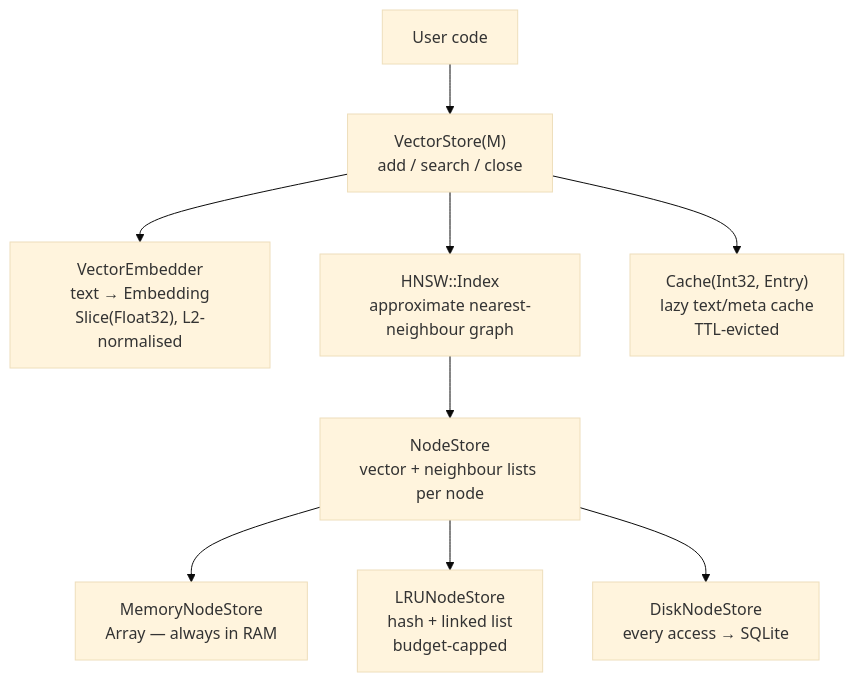
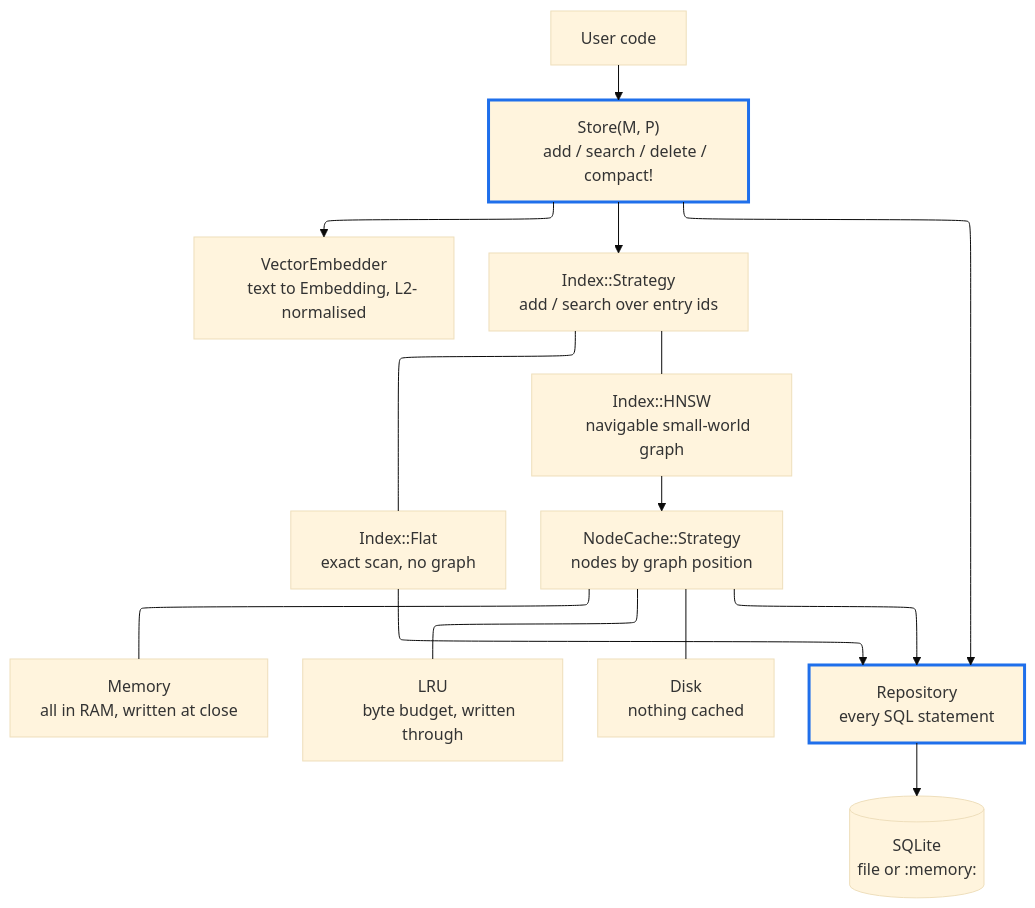
One commit to nogginly/vecstolite.cr changed the first of 2 diagrams in DEVELOPMENT.md. Above: the diagram before and after it, drawn with Mermaid (base theme). The commit also changed other lines of this file and 57 other files, not shown here.

````diff
--- a/DEVELOPMENT.md
+++ b/DEVELOPMENT.md
@@ -58,21 +80,47 @@
 ```mermaid
+---
+config:
+  layout: elk
+---
 flowchart TD
-    UC["User code"]
-    VS["VectorStore(M)\nadd / search / close"]
-    EMB["VectorEmbedder\ntext → Embedding\nSlice(Float32), L2-normalised"]
-    HNSW["HNSW::Index\napproximate nearest-neighbour graph"]
-    NS["NodeStore\nvector + neighbour lists per node"]
-    MNS["MemoryNodeStore\nArray — always in RAM"]
-    LRU["LRUNodeStore\nhash + linked list\nbudget-capped"]
-    DSK["DiskNodeStore\nevery access → SQLite"]
-    EC["Cache(Int32, Entry)\nlazy text/meta cache\nTTL-evicted"]
+    APP["User code"]
+    STORE["Store(M, P)
+    add / search / delete / compact!"]
+    EMB["VectorEmbedder
+    text to Embedding, L2-normalised"]
+    IDX["Index::Strategy
+    add / search over entry ids"]
+    FLAT["Index::Flat
+    exact scan, no graph"]
+    HNSW["Index::HNSW
+    navigable small-world graph"]
+    NC["NodeCache::Strategy
+    nodes by graph position"]
+    MEM["Memory
+    all in RAM, written at close"]
+    LRU["LRU
+    byte budget, written through"]
+    DSK["Disk
+    nothing cached"]
+    REPO["Repository
+    every SQL statement"]
+    DB[("SQLite
+    file or :memory:")]
 
-    UC --> VS
-    VS --> EMB
-    VS --> HNSW
-    VS --> EC
-    HNSW --> NS
-    NS --> MNS
-    NS --> LRU
-    NS --> DSK
+    APP --> STORE
+    STORE --> EMB
+    STORE --> IDX
+    STORE --> REPO
+    IDX --- FLAT
+    IDX --- HNSW
+    FLAT --> REPO
+    HNSW --> NC
+    NC --- MEM
+    NC --- LRU
+    NC --- DSK
+    NC --> REPO
+    REPO --> DB
+
+    style STORE stroke:#1f6feb,stroke-width:3px
+    style REPO stroke:#1f6feb,stroke-width:3px
 ```
````
